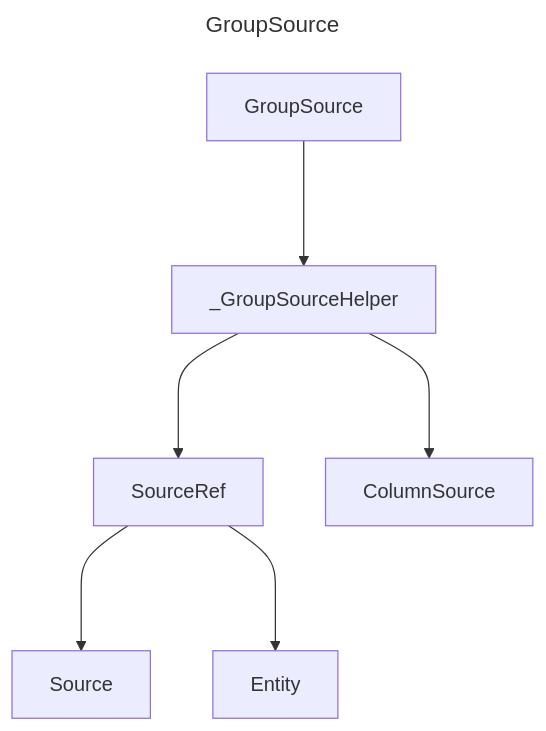
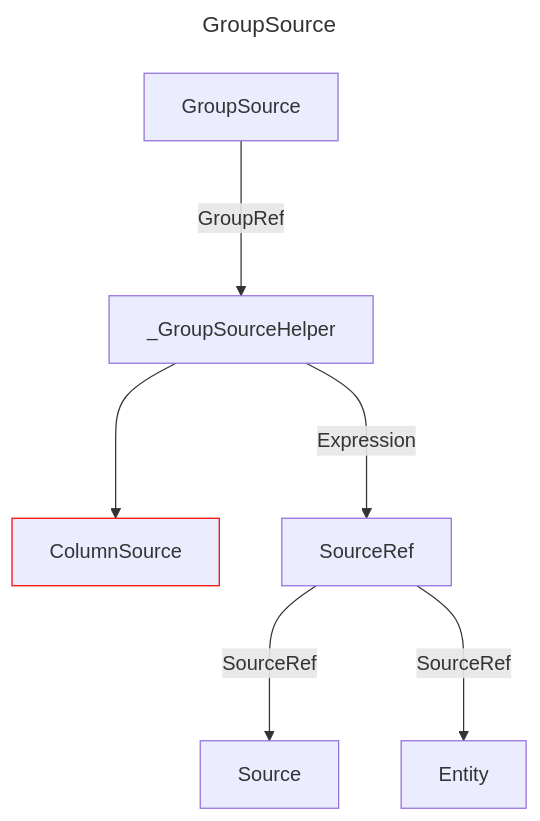
One commit to douglassimonsen/pbi_core changed the diagram in docs/docs/layout/erd/GroupSource.md. Above: the diagram before and after it, drawn with Mermaid. The commit also changed 77 other files, not shown here.

Commit message:
Updated to color code the layout ERD

````diff
--- a/docs/docs/layout/erd/GroupSource.md
+++ b/docs/docs/layout/erd/GroupSource.md
@@ -1,17 +1,18 @@
 ```mermaid
 ---
 title: GroupSource
 ---
 graph 
-2721642000368["SourceRef"]
-2721642014032["ColumnSource"]
-2721641985728["Entity"]
-2721642026720["_GroupSourceHelper"]
-2721641982800["Source"]
-2721642035504["GroupSource"]
-2721642026720 ---> 2721642014032
-2721642000368 ---> 2721641982800
-2721642035504 ---> 2721642026720
-2721642000368 ---> 2721641985728
-2721642026720 ---> 2721642000368
+2430071365824["ColumnSource"]
+style 2430071365824 stroke:#ff0000,stroke-width:1px
+2430071808976["GroupSource"]
+2430071355088["SourceRef"]
+2430071344352["Source"]
+2430071808000["_GroupSourceHelper"]
+2430071353136["Entity"]
+2430071808000 ---> 2430071365824
+2430071808000 --->|Expression| 2430071355088
+2430071355088 --->|SourceRef| 2430071344352
+2430071355088 --->|SourceRef| 2430071353136
+2430071808976 --->|GroupRef| 2430071808000
 ```
````
